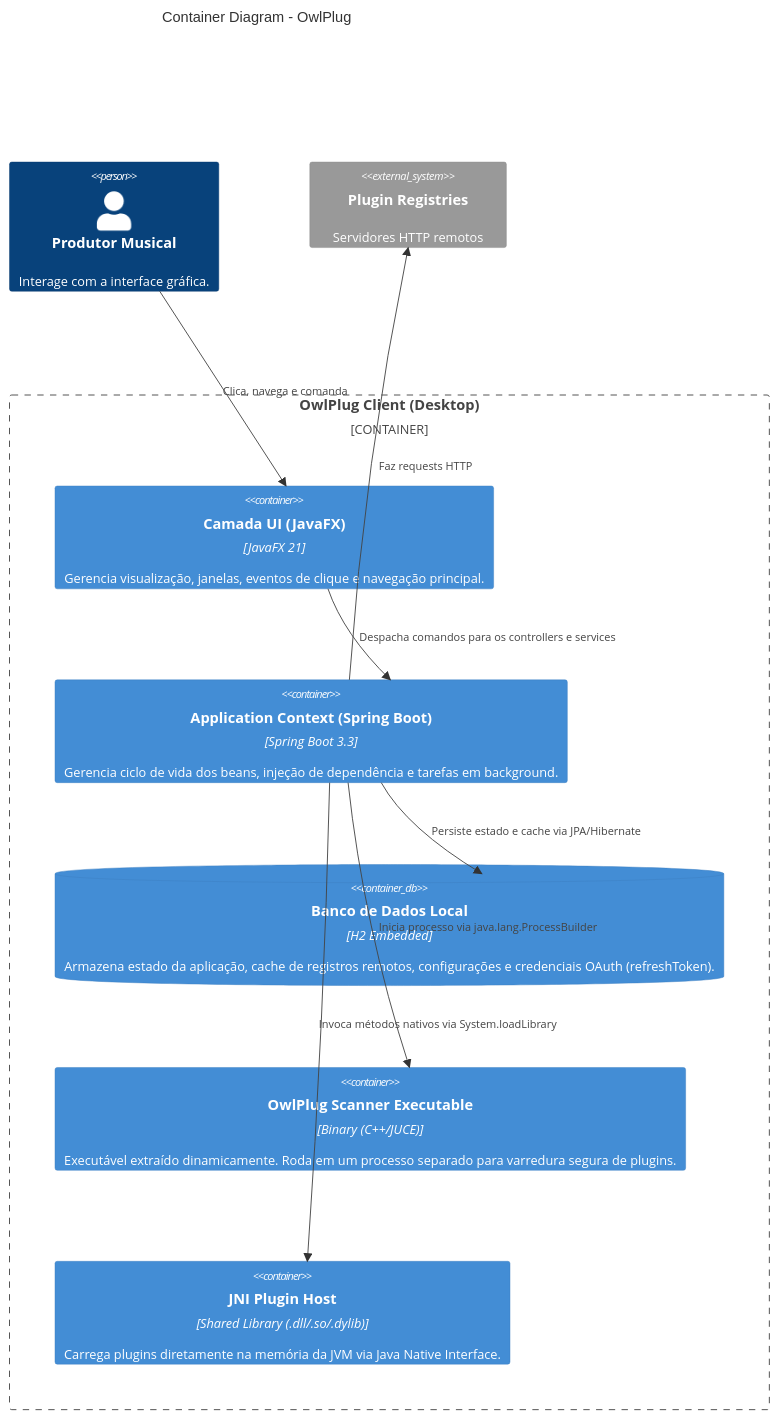
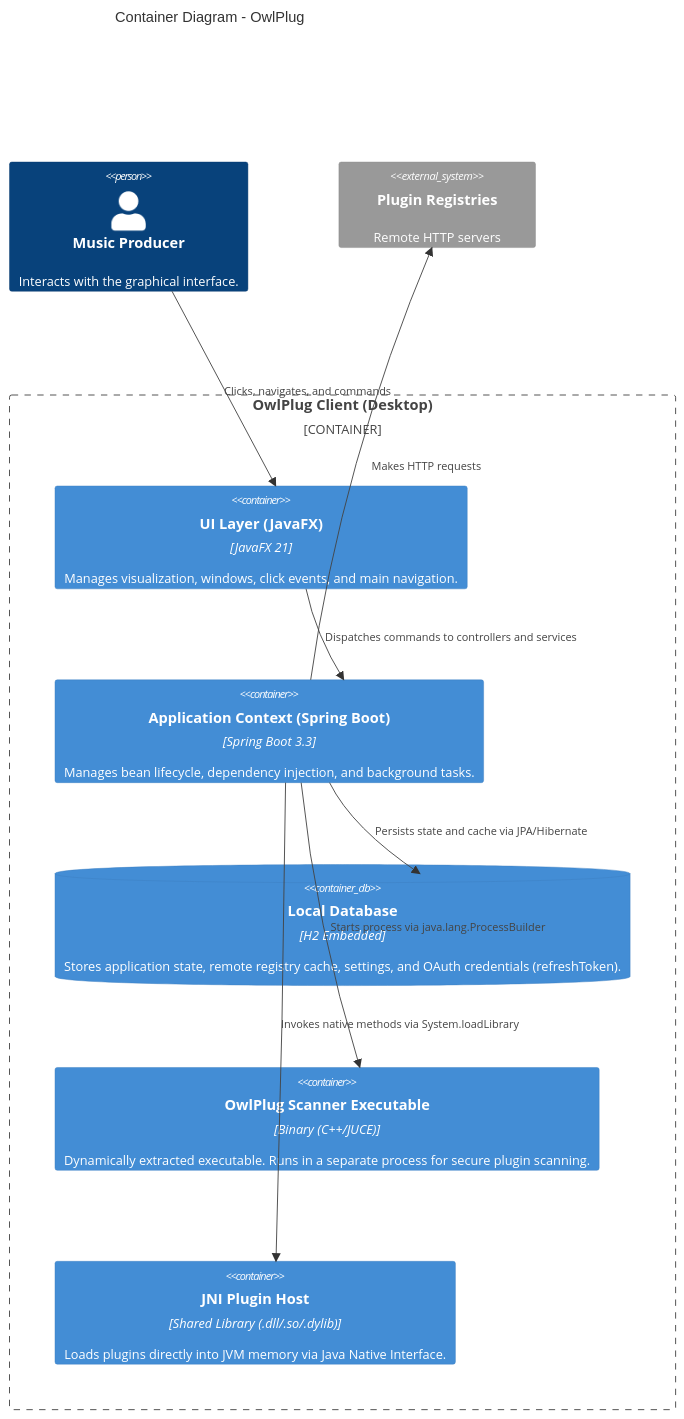
The second of 15 diagrams in docs/full-forensic-technical-documentation.md (daniel-chiuratto-seabra/OwlPlug), drawn with Mermaid before and after one commit. The commit also changed other lines of this file, not shown here.

````diff
--- a/docs/full-forensic-technical-documentation.md
+++ b/docs/full-forensic-technical-documentation.md
@@ -70,24 +70,24 @@
 ```mermaid
 C4Container
     title Container Diagram - OwlPlug
 
-    Person(user, "Produtor Musical", "Interage com a interface gráfica.")
+    Person(user, "Music Producer", "Interacts with the graphical interface.")
 
     Container_Boundary(owlplug_boundary, "OwlPlug Client (Desktop)") {
-        Container(javafx, "Camada UI (JavaFX)", "JavaFX 21", "Gerencia visualização, janelas, eventos de clique e navegação principal.")
-        Container(spring, "Application Context (Spring Boot)", "Spring Boot 3.3", "Gerencia ciclo de vida dos beans, injeção de dependência e tarefas em background.")
-        ContainerDb(h2, "Banco de Dados Local", "H2 Embedded", "Armazena estado da aplicação, cache de registros remotos, configurações e credenciais OAuth (refreshToken).")
+        Container(javafx, "UI Layer (JavaFX)", "JavaFX 21", "Manages visualization, windows, click events, and main navigation.")
+        Container(spring, "Application Context (Spring Boot)", "Spring Boot 3.3", "Manages bean lifecycle, dependency injection, and background tasks.")
+        ContainerDb(h2, "Local Database", "H2 Embedded", "Stores application state, remote registry cache, settings, and OAuth credentials (refreshToken).")
         
-        Container(scanner_embedded, "OwlPlug Scanner Executable", "Binary (C++/JUCE)", "Executável extraído dinamicamente. Roda em um processo separado para varredura segura de plugins.")
-        Container(jni_host, "JNI Plugin Host", "Shared Library (.dll/.so/.dylib)", "Carrega plugins diretamente na memória da JVM via Java Native Interface.")
+        Container(scanner_embedded, "OwlPlug Scanner Executable", "Binary (C++/JUCE)", "Dynamically extracted executable. Runs in a separate process for secure plugin scanning.")
+        Container(jni_host, "JNI Plugin Host", "Shared Library (.dll/.so/.dylib)", "Loads plugins directly into JVM memory via Java Native Interface.")
     }
 
-    System_Ext(registry, "Plugin Registries", "Servidores HTTP remotos")
+    System_Ext(registry, "Plugin Registries", "Remote HTTP servers")
 
-    Rel(user, javafx, "Clica, navega e comanda")
-    Rel(javafx, spring, "Despacha comandos para os controllers e services")
-    Rel(spring, h2, "Persiste estado e cache via JPA/Hibernate")
-    Rel(spring, scanner_embedded, "Inicia processo via java.lang.ProcessBuilder")
-    Rel(spring, jni_host, "Invoca métodos nativos via System.loadLibrary")
-    Rel(spring, registry, "Faz requests HTTP")
+    Rel(user, javafx, "Clicks, navigates, and commands")
+    Rel(javafx, spring, "Dispatches commands to controllers and services")
+    Rel(spring, h2, "Persists state and cache via JPA/Hibernate")
+    Rel(spring, scanner_embedded, "Starts process via java.lang.ProcessBuilder")
+    Rel(spring, jni_host, "Invokes native methods via System.loadLibrary")
+    Rel(spring, registry, "Makes HTTP requests")
 ```
````
